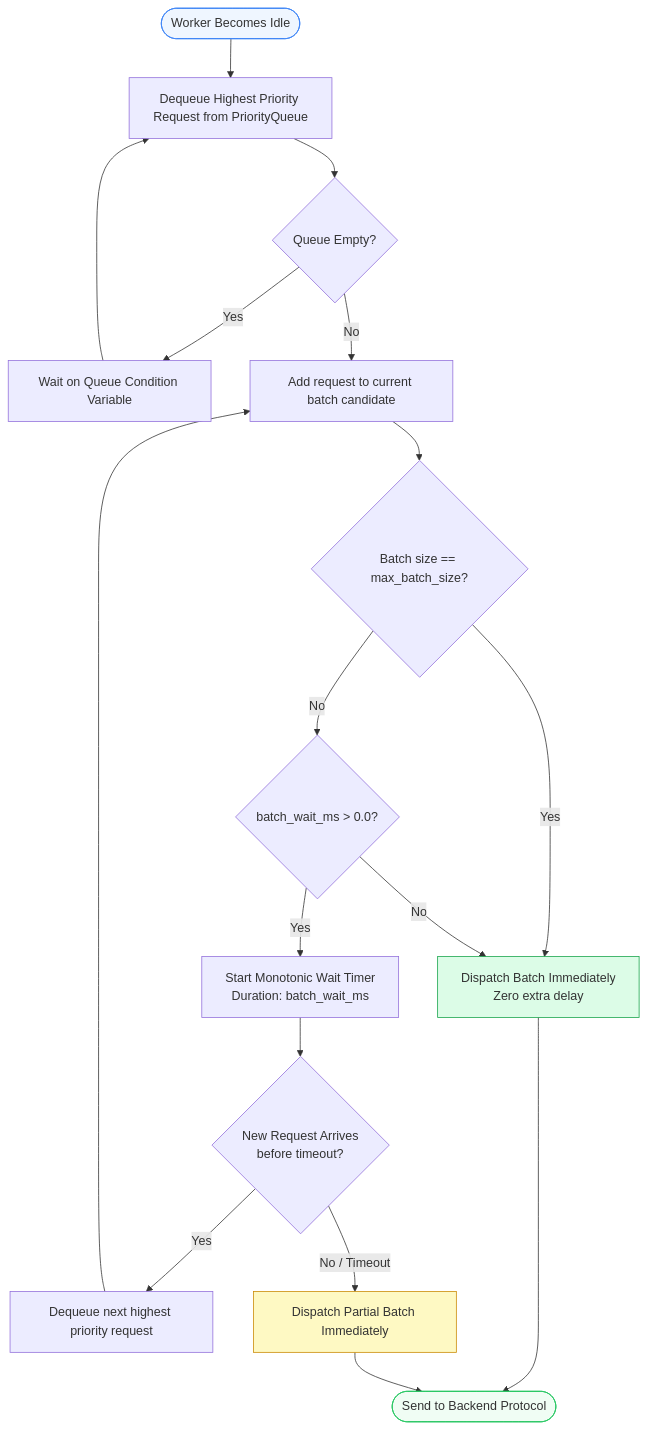
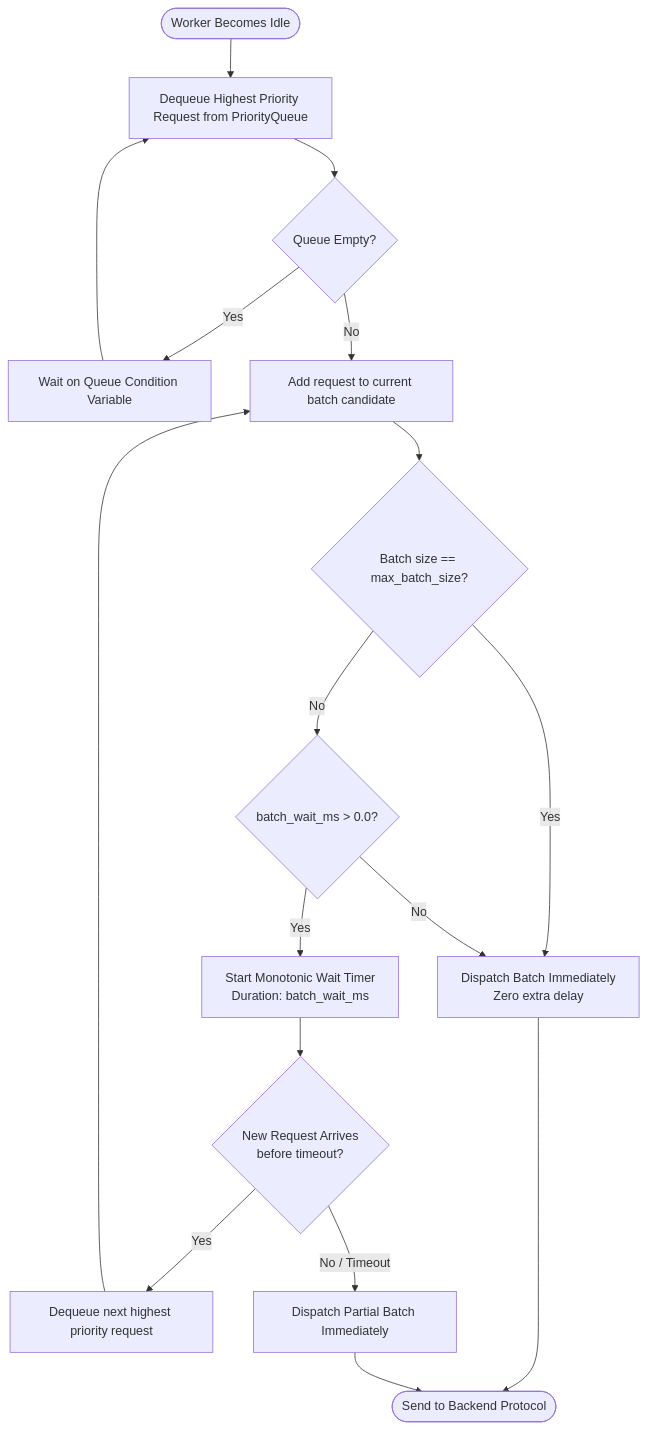
Before and after one commit to suyash639/InferOpt: the third of 5 diagrams in README.md, drawn with Mermaid. The commit also changed other lines of this file and 2 other files, not shown here.

````diff
--- a/README.md
+++ b/README.md
@@ -234,30 +227,25 @@
 ```mermaid
 flowchart TD
-    Start([Worker Becomes Idle]) --> DequeueFirst[Dequeue Highest Priority Request from PriorityQueue]
-    DequeueFirst --> CheckEmpty{Queue Empty?}
+    Start(["Worker Becomes Idle"]) --> DequeueFirst["Dequeue Highest Priority Request from PriorityQueue"]
+    DequeueFirst --> CheckEmpty{"Queue Empty?"}
 
-    CheckEmpty -- Yes --> WaitSignal[Wait on Queue Condition Variable]
+    CheckEmpty -->|"Yes"| WaitSignal["Wait on Queue Condition Variable"]
     WaitSignal --> DequeueFirst
 
-    CheckEmpty -- No --> AddToBatch[Add request to current batch candidate]
-    AddToBatch --> CheckCap{Batch size == max_batch_size?}
+    CheckEmpty -->|"No"| AddToBatch["Add request to current batch candidate"]
+    AddToBatch --> CheckCap{"Batch size == max_batch_size?"}
 
-    CheckCap -- Yes --> ImmediateDispatch[Dispatch Batch Immediately\nZero extra delay]
-    CheckCap -- No --> CheckWaitWindow{batch_wait_ms > 0.0?}
+    CheckCap -->|"Yes"| ImmediateDispatch["Dispatch Batch Immediately<br/>Zero extra delay"]
+    CheckCap -->|"No"| CheckWaitWindow{"batch_wait_ms > 0.0?"}
 
-    CheckWaitWindow -- No --> ImmediateDispatch
-    CheckWaitWindow -- Yes --> StartTimer[Start Monotonic Wait Timer\nDuration: batch_wait_ms]
+    CheckWaitWindow -->|"No"| ImmediateDispatch
+    CheckWaitWindow -->|"Yes"| StartTimer["Start Monotonic Wait Timer<br/>Duration: batch_wait_ms"]
 
-    StartTimer --> WaitForMore{New Request Arrives\nbefore timeout?}
-    WaitForMore -- Yes --> DequeueNext[Dequeue next highest priority request]
+    StartTimer --> WaitForMore{"New Request Arrives<br/>before timeout?"}
+    WaitForMore -->|"Yes"| DequeueNext["Dequeue next highest priority request"]
     DequeueNext --> AddToBatch
-    WaitForMore -- No / Timeout --> TimeoutDispatch[Dispatch Partial Batch Immediately]
+    WaitForMore -->|"No / Timeout"| TimeoutDispatch["Dispatch Partial Batch Immediately"]
 
-    ImmediateDispatch --> ExecuteBatch([Send to Backend Protocol])
+    ImmediateDispatch --> ExecuteBatch(["Send to Backend Protocol"])
     TimeoutDispatch --> ExecuteBatch
-
-    style Start fill:#eff6ff,stroke:#3b82f6
-    style ExecuteBatch fill:#f0fdf4,stroke:#22c55e
-    style ImmediateDispatch fill:#dcfce7,stroke:#16a34a
-    style TimeoutDispatch fill:#fef9c3,stroke:#ca8a04
 ```
````
